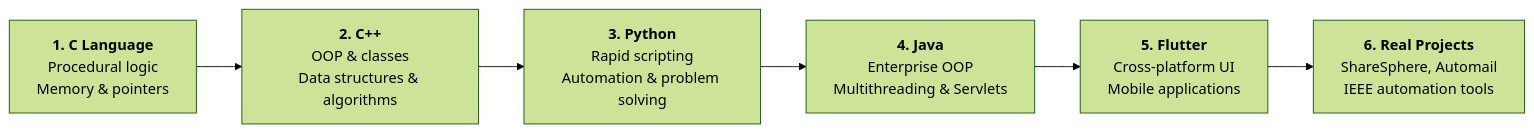
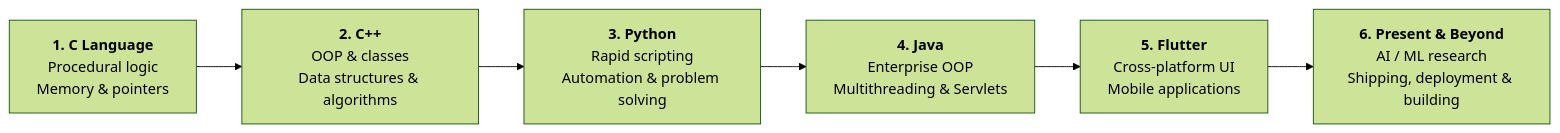
Before and after one commit to devantaris/my-coding-journey: the diagram in README.md, drawn with Mermaid (forest theme). The commit also changed other lines of this file, not shown here.

Commit message:
docs(readme): refine tone to emphasize hands-on coding journey and update roadmap point 6

````diff
--- a/README.md
+++ b/README.md
@@ -15,8 +20,8 @@
 ```mermaid
 flowchart LR
     A["<b>1. C Language</b><br/>Procedural logic<br/>Memory & pointers"] --> B["<b>2. C++</b><br/>OOP & classes<br/>Data structures & algorithms"]
     B --> C["<b>3. Python</b><br/>Rapid scripting<br/>Automation & problem solving"]
     C --> D["<b>4. Java</b><br/>Enterprise OOP<br/>Multithreading & Servlets"]
     D --> E["<b>5. Flutter</b><br/>Cross-platform UI<br/>Mobile applications"]
-    E --> F["<b>6. Real Projects</b><br/>ShareSphere, Automail<br/>IEEE automation tools"]
+    E --> F["<b>6. Present & Beyond</b><br/>AI / ML research<br/>Shipping, deployment & building"]
 ```
````
